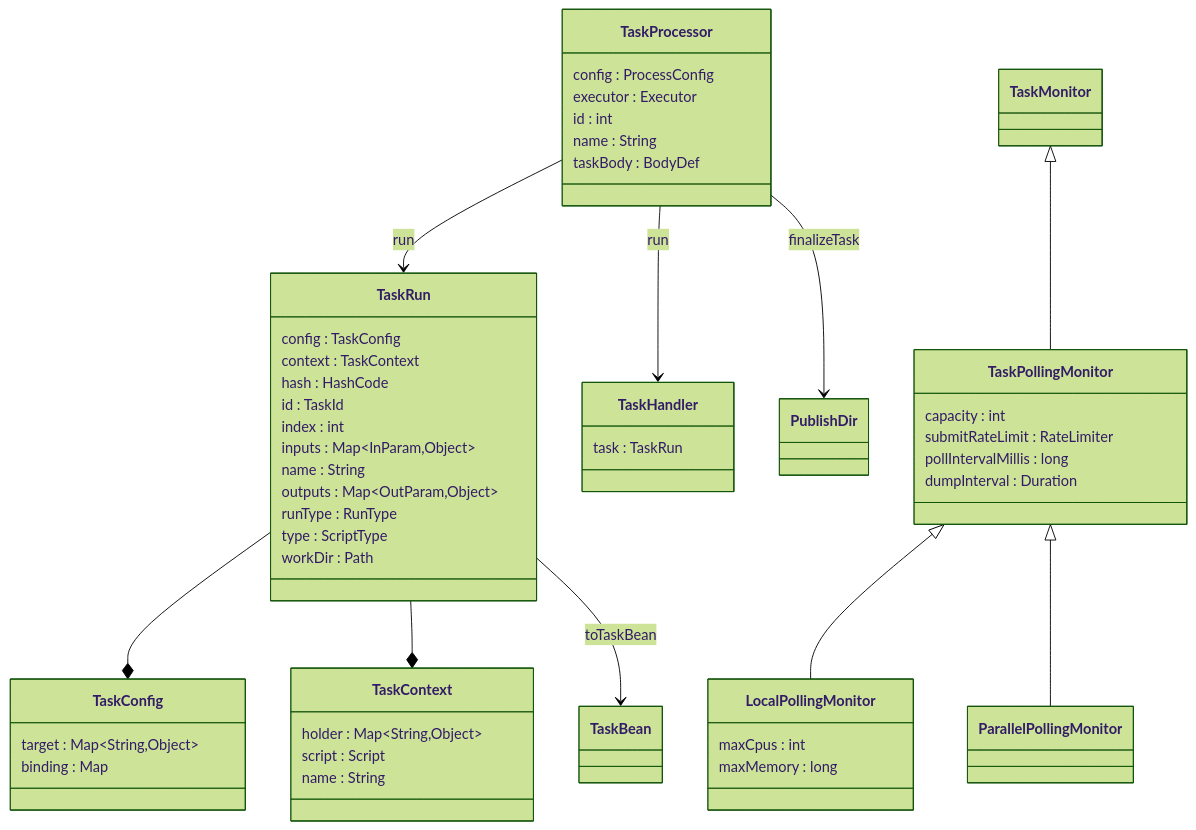
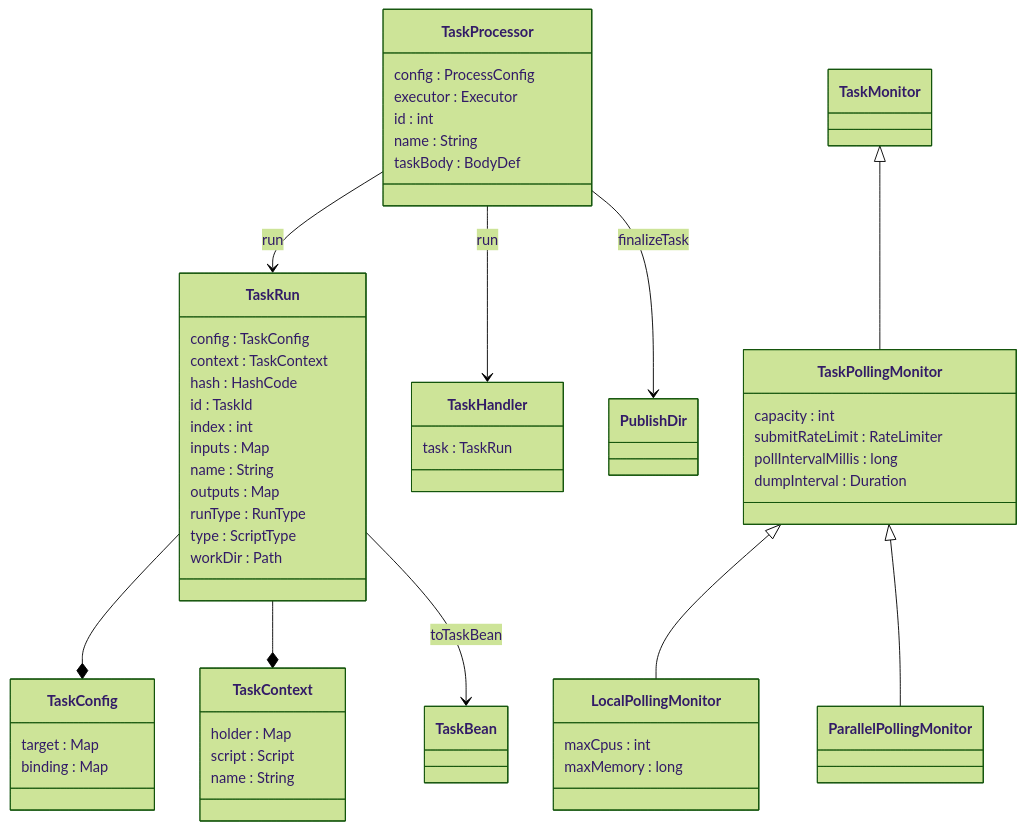
One commit to nextflow-io/nextflow changed the diagram in docs/developer/diagrams/nextflow.processor.mmd. Above: the diagram before and after it, drawn with Mermaid (forest theme). The commit also changed 25 other files, not shown here.

```diff
--- a/docs/developer/diagrams/nextflow.processor.mmd
+++ b/docs/developer/diagrams/nextflow.processor.mmd
@@ -1,100 +1,65 @@
 classDiagram
     %%
     %% nextflow.processor
     %%
     %% ProcessDef --> TaskProcessor : run
 
     class TaskProcessor {
         config : ProcessConfig
         executor : Executor
         id : int
         name : String
         taskBody : BodyDef
     }
     TaskProcessor --> TaskRun : run
     TaskProcessor --> TaskHandler : run
     TaskProcessor --> PublishDir : finalizeTask
 
     class TaskRun {
         config : TaskConfig
         context : TaskContext
         hash : HashCode
         id : TaskId
         index : int
-        inputs : Map~InParam,Object~
+        inputs : Map
         name : String
-        outputs : Map~OutParam,Object~
+        outputs : Map
         runType : RunType
         type : ScriptType
         workDir : Path
     }
     TaskRun --* TaskConfig
     TaskRun --* TaskContext
     TaskRun --> TaskBean : toTaskBean
 
-    %% class TaskBean {
-    %%     name : String
-    %%     input : Object
-    %%     scratch : Object
-    %%     environment : Map~String,String~
-    %%     headerScript : String
-    %%     containerImage : String
-    %%     condaEnv : Path
-    %%     moduleNames : List~String~
-    %%     workDir : Path
-    %%     targetDir : Path
-    %%     script : String
-    %%     shell : List~String~
-    %%     containerConfig : ContainerConfig
-    %%     containerCpuset : String
-    %%     containerCpus : Float
-    %%     containerMemory : MemoryUnit
-    %%     containerMount : Path
-    %%     statsEnabled : boolean
-    %%     outputEnvNames : List~String~
-    %%     beforeScript : String
-    %%     afterScript : String
-    %%     containerNative : boolean
-    %%     containerEnabled : boolean
-    %%     containerOptions : String
-    %%     inputFiles : Map~String,Path~
-    %%     outputFiles : List~String~
-    %%     stageInMode : String
-    %%     stageOutMode : String
-    %%     binDir : Path
-    %%     cleanup : Object
-    %%     secretNative : boolean
-    %%     secretNames : List~String~
-    %% }
-
     class TaskConfig {
-        target : Map~String,Object~
+        target : Map
         binding : Map
     }
 
     class TaskContext {
-        holder : Map~String,Object~
+        holder : Map
         script : Script
         name : String
     }
 
     class TaskHandler {
         task : TaskRun
     }
 
     TaskMonitor <|-- TaskPollingMonitor
 
     class TaskPollingMonitor {
         capacity : int
         submitRateLimit : RateLimiter
         pollIntervalMillis : long
         dumpInterval : Duration
     }
 
     TaskPollingMonitor <|-- LocalPollingMonitor
     TaskPollingMonitor <|-- ParallelPollingMonitor
 
     class LocalPollingMonitor {
         maxCpus : int
         maxMemory : long
     }
```
